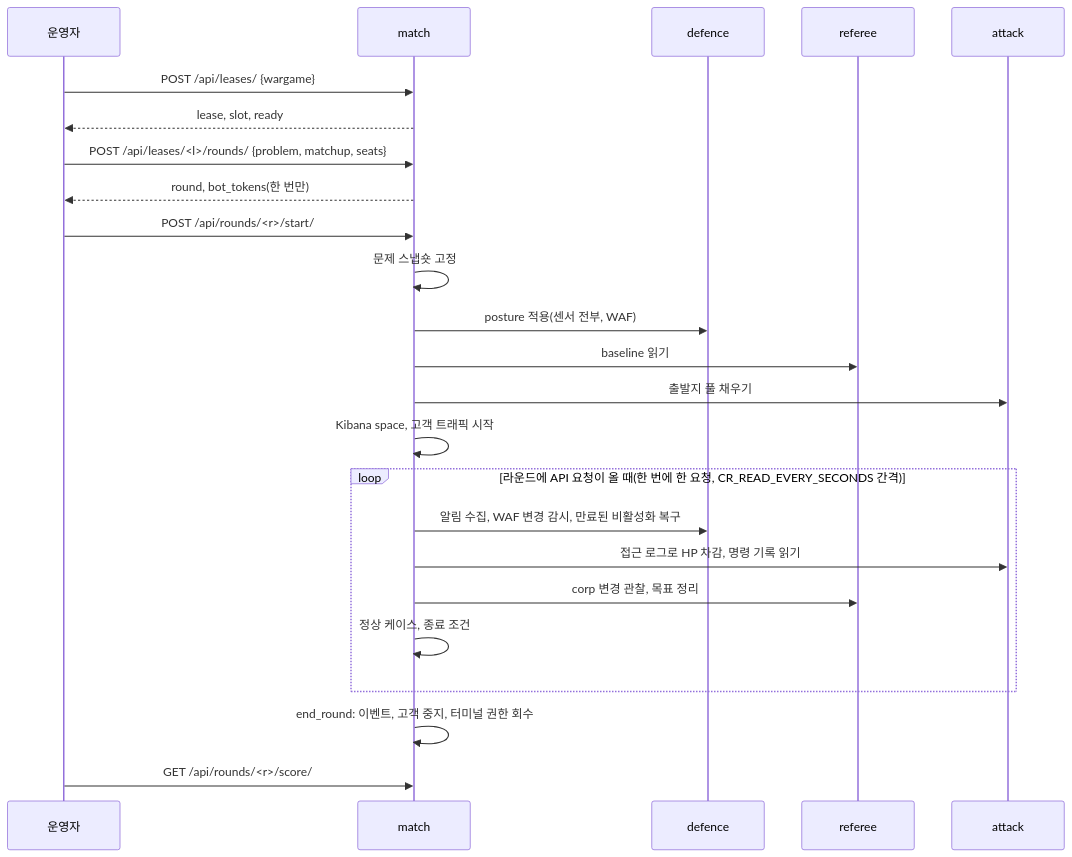
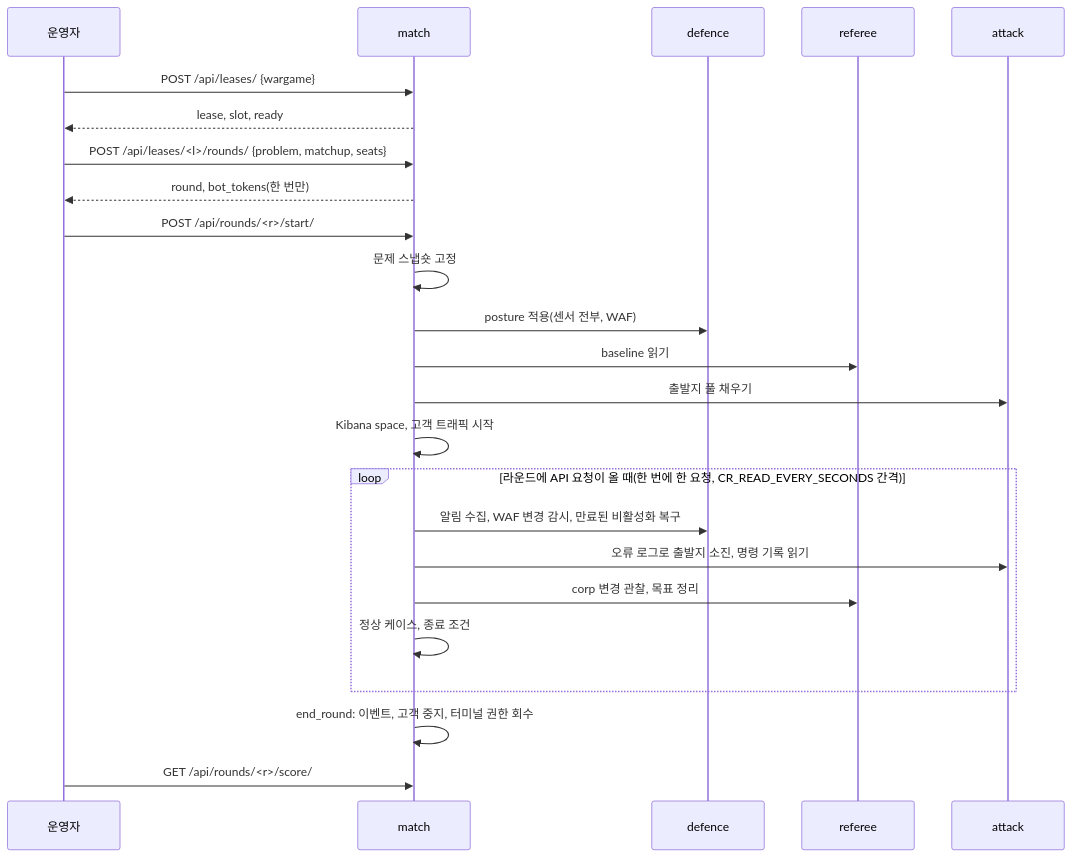
Before and after one commit to Nekonic/fsl-project-mvp: the diagram in docs/ARCHITECTURE.md, drawn with Mermaid. The commit also changed other lines of this file and 95 other files, not shown here.

````diff
--- a/docs/ARCHITECTURE.md
+++ b/docs/ARCHITECTURE.md
@@ -204,26 +204,26 @@
 ```mermaid
 sequenceDiagram
   participant O as 운영자
   participant M as match
   participant D as defence
   participant R as referee
   participant A as attack
   O->>M: POST /api/leases/ {wargame}
   M-->>O: lease, slot, ready
   O->>M: POST /api/leases/<l>/rounds/ {problem, matchup, seats}
   M-->>O: round, bot_tokens(한 번만)
   O->>M: POST /api/rounds/<r>/start/
   M->>M: 문제 스냅숏 고정
   M->>D: posture 적용(센서 전부, WAF)
   M->>R: baseline 읽기
   M->>A: 출발지 풀 채우기
   M->>M: Kibana space, 고객 트래픽 시작
   loop 라운드에 API 요청이 올 때(한 번에 한 요청, CR_READ_EVERY_SECONDS 간격)
     M->>D: 알림 수집, WAF 변경 감시, 만료된 비활성화 복구
-    M->>A: 접근 로그로 HP 차감, 명령 기록 읽기
+    M->>A: 오류 로그로 출발지 소진, 명령 기록 읽기
     M->>R: corp 변경 관찰, 목표 정리
     M->>M: 정상 케이스, 종료 조건
   end
   M->>M: end_round: 이벤트, 고객 중지, 터미널 권한 회수
   O->>M: GET /api/rounds/<r>/score/
 ```
````
